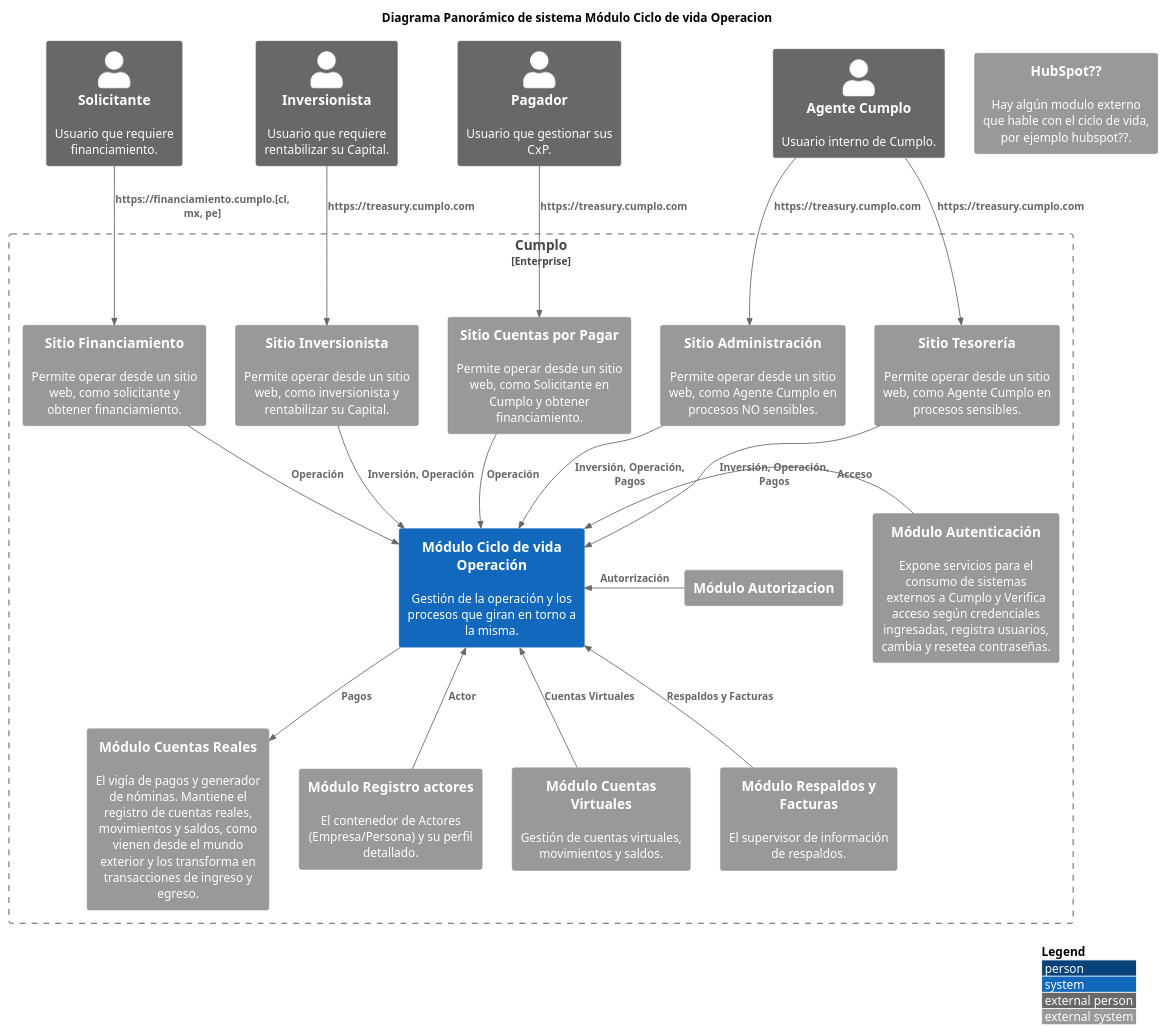
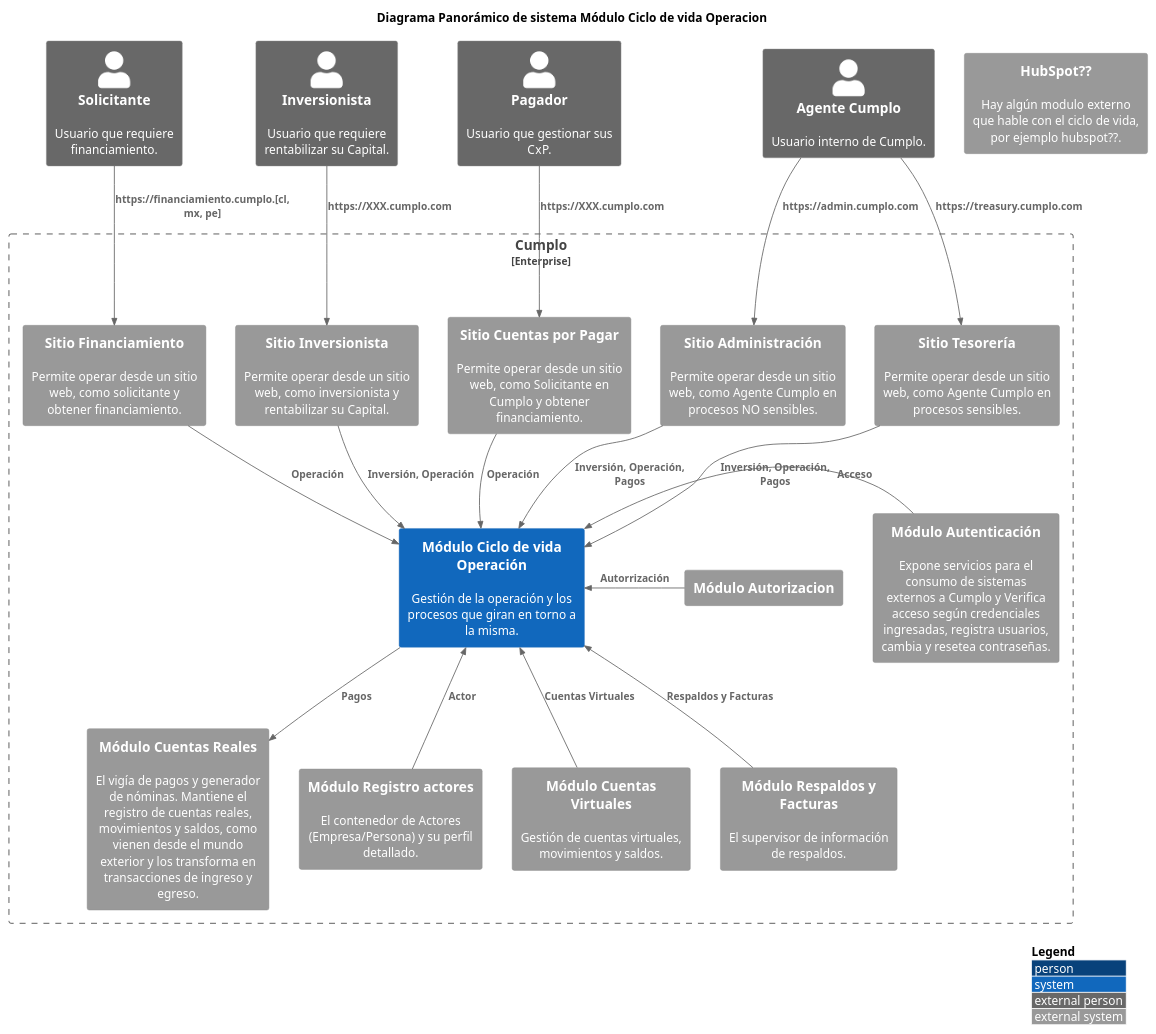
One commit to kpeet/koyweC4 changed the diagram in CicloVidaOperacion/ContextoPanoramicoOperacion.puml. Above: the diagram before and after it, drawn with PlantUML.

Commit message:
dominios de sitios

```diff
--- a/CicloVidaOperacion/ContextoPanoramicoOperacion.puml
+++ b/CicloVidaOperacion/ContextoPanoramicoOperacion.puml
@@ -1,67 +1,67 @@
 @startuml ContextoPanoramicoOperacion
 !include https://raw.githubusercontent.com/plantuml-stdlib/C4-PlantUML/master/C4_Context.puml
 ' uncomment the following line and comment the first to use locally
 ' !include C4_Context.puml
 
 'LAYOUT_TOP_DOWN()
 'LAYOUT_AS_SKETCH()
 LAYOUT_WITH_LEGEND()
 
 title Diagrama Panorámico de sistema Módulo Ciclo de vida Operacion
 Person_Ext(solicitante, "Solicitante", "Usuario que requiere financiamiento.")
 Person_Ext(inversionista, "Inversionista", "Usuario que requiere rentabilizar su Capital.")
 Person_Ext(pagador, "Pagador", "Usuario que gestionar sus CxP.")
 Person_Ext(agente_cumplo, "Agente Cumplo", "Usuario interno de Cumplo.")
 
 System_Ext(hubspot, "HubSpot??", "Hay algún modulo externo que hable con el ciclo de vida, por ejemplo hubspot??.")
 
 
 Enterprise_Boundary(c0, "Cumplo") {
     System(modulo_operaciones, "Módulo Ciclo de vida Operación", "Gestión de la operación y los procesos que giran en torno a la misma.")
     System_Ext(modulo_cuentas_reales, "Módulo Cuentas Reales", "El vigía de pagos y generador de nóminas. Mantiene el registro de cuentas reales, movimientos y saldos, como vienen desde el mundo exterior y los transforma en transacciones de ingreso y egreso.")
     System_Ext(modulo_autenticacion, "Módulo Autenticación", "Expone servicios para el consumo de sistemas externos a Cumplo y Verifica acceso según credenciales ingresadas, registra usuarios, cambia y resetea contraseñas.")
     System_Ext(modulo_registro_actores, "Módulo Registro actores", "El contenedor de Actores (Empresa/Persona) y su perfil detallado.")
     System_Ext(modulo_cuentas_virtuales, "Módulo Cuentas Virtuales", "Gestión de cuentas virtuales, movimientos y saldos.")
     System_Ext(modulo_respaldo_facturas, "Módulo Respaldos y Facturas", "El supervisor de información de respaldos.")
     System_Ext(modulo_autorizacion, "Módulo Autorizacion", "")
     System_Ext(s_financiamiento, "Sitio Financiamiento", "Permite operar desde un sitio web, como solicitante y obtener financiamiento.")
     System_Ext(s_inversionista, "Sitio Inversionista", "Permite operar desde un sitio web, como inversionista y rentabilizar su Capital.")
     System_Ext(s_cuentas_x_pagar, "Sitio Cuentas por Pagar", "Permite operar desde un sitio web, como Solicitante en Cumplo y obtener financiamiento.")
     System_Ext(s_administracion, "Sitio Administración", "Permite operar desde un sitio web, como Agente Cumplo en procesos NO sensibles.")
     System_Ext(s_tesoreria, "Sitio Tesorería", "Permite operar desde un sitio web, como Agente Cumplo en procesos sensibles.")
 }
 
 
 'RELACIONES DE SISTEMA
 'Relaciones sistema/módulos
 Rel_L(modulo_autorizacion, modulo_operaciones, "Autorrización")
 Rel_L( modulo_autenticacion,modulo_operaciones, "Acceso", )
 Rel_U(modulo_registro_actores, modulo_operaciones, "Actor",)
 Rel(modulo_operaciones, modulo_cuentas_reales, "Pagos", )
 Rel_U(modulo_respaldo_facturas, modulo_operaciones, "Respaldos y Facturas")
 Rel_U(modulo_cuentas_virtuales, modulo_operaciones, "Cuentas Virtuales",)
 
 
 'Relaciones usuarios/sitios
  
 Rel(agente_cumplo, s_tesoreria, "https://treasury.cumplo.com",)
 Rel(solicitante, s_financiamiento, "https://financiamiento.cumplo.[cl, mx, pe]",)
-Rel(inversionista, s_inversionista, "https://treasury.cumplo.com",)
-Rel(pagador, s_cuentas_x_pagar, "https://treasury.cumplo.com",)
-Rel(agente_cumplo, s_administracion, "https://treasury.cumplo.com",)
+Rel(inversionista, s_inversionista, "https://XXX.cumplo.com",)
+Rel(pagador, s_cuentas_x_pagar, "https://XXX.cumplo.com",)
+Rel(agente_cumplo, s_administracion, "https://admin.cumplo.com",)
 
 
 
 'Relaciones sitios/módulos
 
 Rel(s_tesoreria,modulo_operaciones, "Inversión, Operación, Pagos", "")
 Rel(s_administracion,modulo_operaciones, "Inversión, Operación, Pagos", "")
 Rel(s_cuentas_x_pagar,modulo_operaciones, "Operación", "")
 Rel(s_financiamiento,modulo_operaciones, "Operación", "")
 Rel(s_inversionista,modulo_operaciones, "Inversión, Operación", "")
 
 
 'Relaciones módulos/sistemas externos
 
 
 @enduml
```
